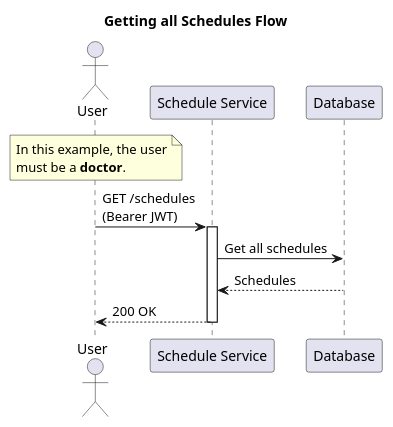
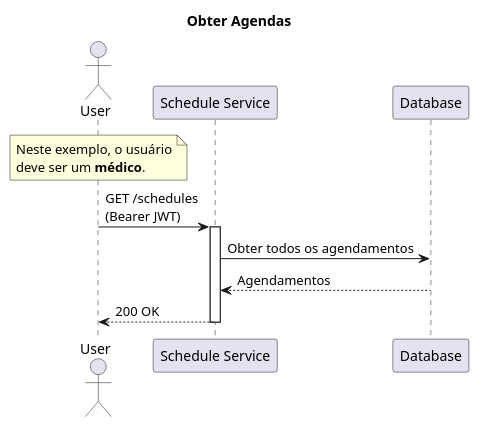
The diagram in docs/get_schedules.puml (jfelipearaujo-healthmed/scheduler-service), drawn with PlantUML before and after one commit. The commit also changed 10 other files, not shown here.

```diff
--- a/docs/get_schedules.puml
+++ b/docs/get_schedules.puml
@@ -1,22 +1,22 @@
 @startuml get_schedules
 
-title Getting all Schedules Flow
+title Obter Agendas
 
 actor "User" as user
 participant "Schedule Service" as schedule_service
 participant "Database" as database
 
 note over user
-    In this example, the user
-    must be a **doctor**.
+Neste exemplo, o usuário
+deve ser um **médico**.
 end note
 
 user -> schedule_service: GET /schedules\n(Bearer JWT)
 
 activate schedule_service
-schedule_service -> database: Get all schedules
-database --> schedule_service: Schedules
+schedule_service -> database: Obter todos os agendamentos
+database --> schedule_service: Agendamentos
 schedule_service --> user: 200 OK
 deactivate schedule_service
 
 @enduml
```
